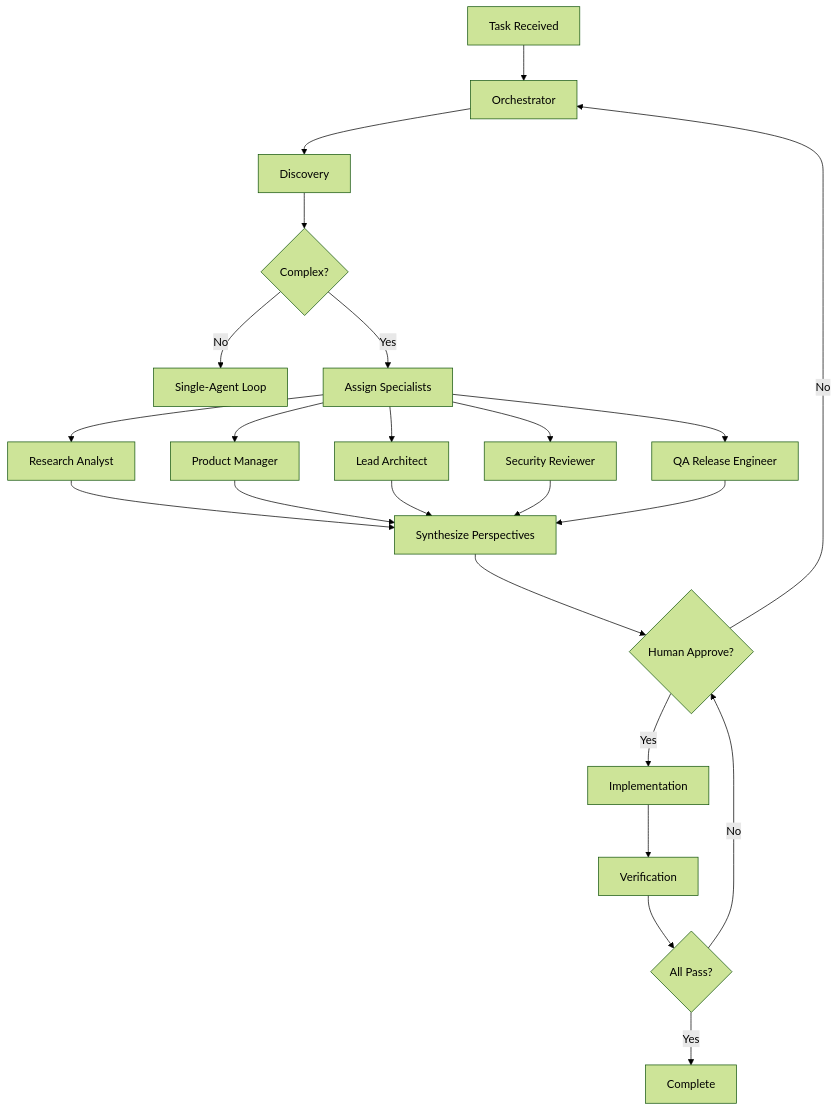
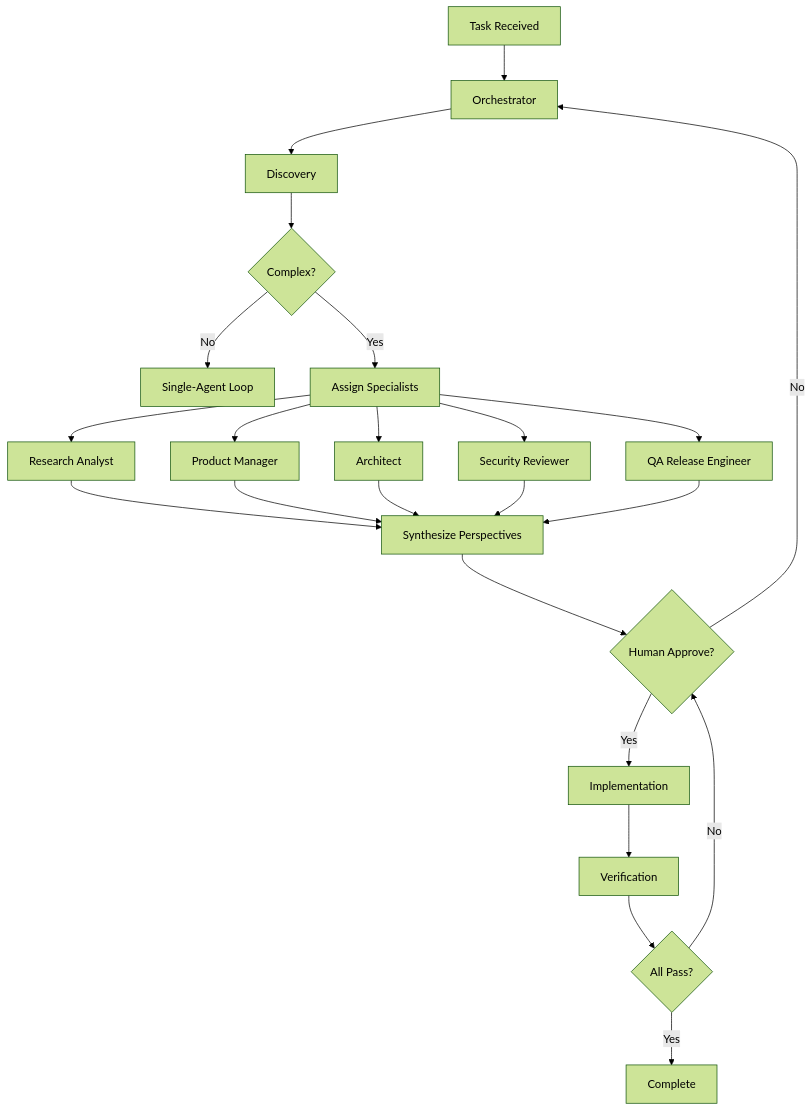
One commit to vstakhovsky/proben.io changed the second of 3 diagrams in docs/visual-process/AGENT_LOOP_VISUALS.md. Above: the diagram before and after it, drawn with Mermaid (forest theme). The commit also changed 63 other files, not shown here.

````diff
--- a/docs/visual-process/AGENT_LOOP_VISUALS.md
+++ b/docs/visual-process/AGENT_LOOP_VISUALS.md
@@ -55,28 +55,28 @@
 ```mermaid
 flowchart TD
     A[Task Received] --> B[Orchestrator]
     B --> C[Discovery]
     C --> D{Complex?}
     D -->|No| E[Single-Agent Loop]
     D -->|Yes| F[Assign Specialists]
     
     F --> G[Research Analyst]
     F --> H[Product Manager]
-    F --> I[Lead Architect]
+    F --> I[Architect]
     F --> J[Security Reviewer]
     F --> K[QA Release Engineer]
     
     G --> L[Synthesize Perspectives]
     H --> L
     I --> L
     J --> L
     K --> L
     
     L --> M{Human Approve?}
     M -->|No| B
     M -->|Yes| N[Implementation]
     N --> O[Verification]
     O --> P{All Pass?}
     P -->|No| M
     P -->|Yes| Q[Complete]
 ```
````
